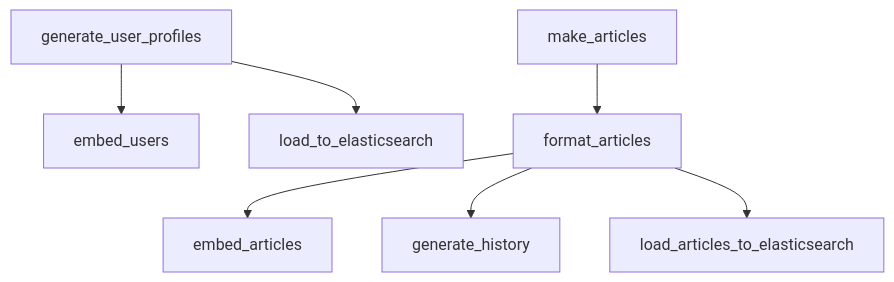
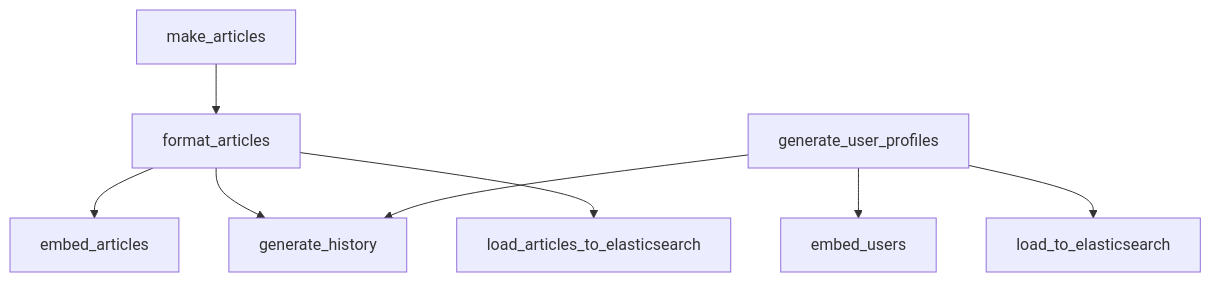
Before and after one commit to u-masao/hybrid-search-demo: the diagram in PIPELINE.md, drawn with Mermaid.

Commit message:
dvc pipeline updated

````diff
--- a/PIPELINE.md
+++ b/PIPELINE.md
@@ -1,17 +1,18 @@
 ```mermaid
 flowchart TD
-	node1["embed_users"]
-	node2["generate_user_profiles"]
-	node3["load_to_elasticsearch"]
-	node2-->node1
-	node2-->node3
-	node4["embed_articles"]
-	node5["format_articles"]
-	node6["generate_history"]
-	node7["load_articles_to_elasticsearch"]
+	node1["embed_articles"]
+	node2["embed_users"]
+	node3["format_articles"]
+	node4["generate_history"]
+	node5["generate_user_profiles"]
+	node6["load_articles_to_elasticsearch"]
+	node7["load_to_elasticsearch"]
 	node8["make_articles"]
+	node3-->node1
+	node3-->node4
+	node3-->node6
+	node5-->node2
 	node5-->node4
-	node5-->node6
 	node5-->node7
-	node8-->node5
+	node8-->node3
 ```
````
